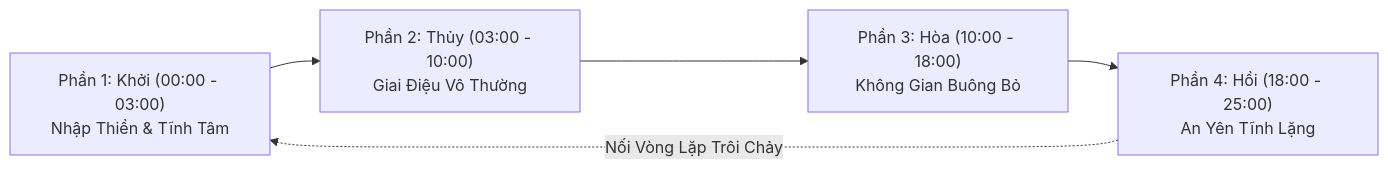
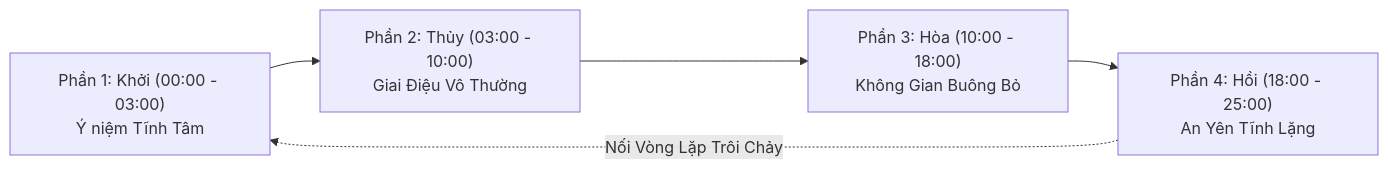
One commit to tuanweb2026/LIDO-AI-MEDITATION-MUSIC-FACTORY changed the diagram in docs/creative_brief_vo_thuong.md. Above: the diagram before and after it, drawn with Mermaid. The commit also changed other lines of this file and 4 other files, not shown here.

Commit message:
fix(brief): revise Vo Thuong creative brief v1.1 addressing all Chief Architect HOLD review findings

````diff
--- a/docs/creative_brief_vo_thuong.md
+++ b/docs/creative_brief_vo_thuong.md
@@ -53,6 +65,6 @@
 ```mermaid
 flowchart LR
-    A["Phần 1: Khởi (00:00 - 03:00)\nNhập Thiền & Tĩnh Tâm"] --> B["Phần 2: Thủy (03:00 - 10:00)\nGiai Điệu Vô Thường"]
+    A["Phần 1: Khởi (00:00 - 03:00)\nÝ niệm Tĩnh Tâm"] --> B["Phần 2: Thủy (03:00 - 10:00)\nGiai Điệu Vô Thường"]
     B --> C["Phần 3: Hòa (10:00 - 18:00)\nKhông Gian Buông Bỏ"] --> D["Phần 4: Hồi (18:00 - 25:00)\nAn Yên Tĩnh Lặng"]
     D -. Nối Vòng Lặp Trôi Chảy .-> A
 ```
````
